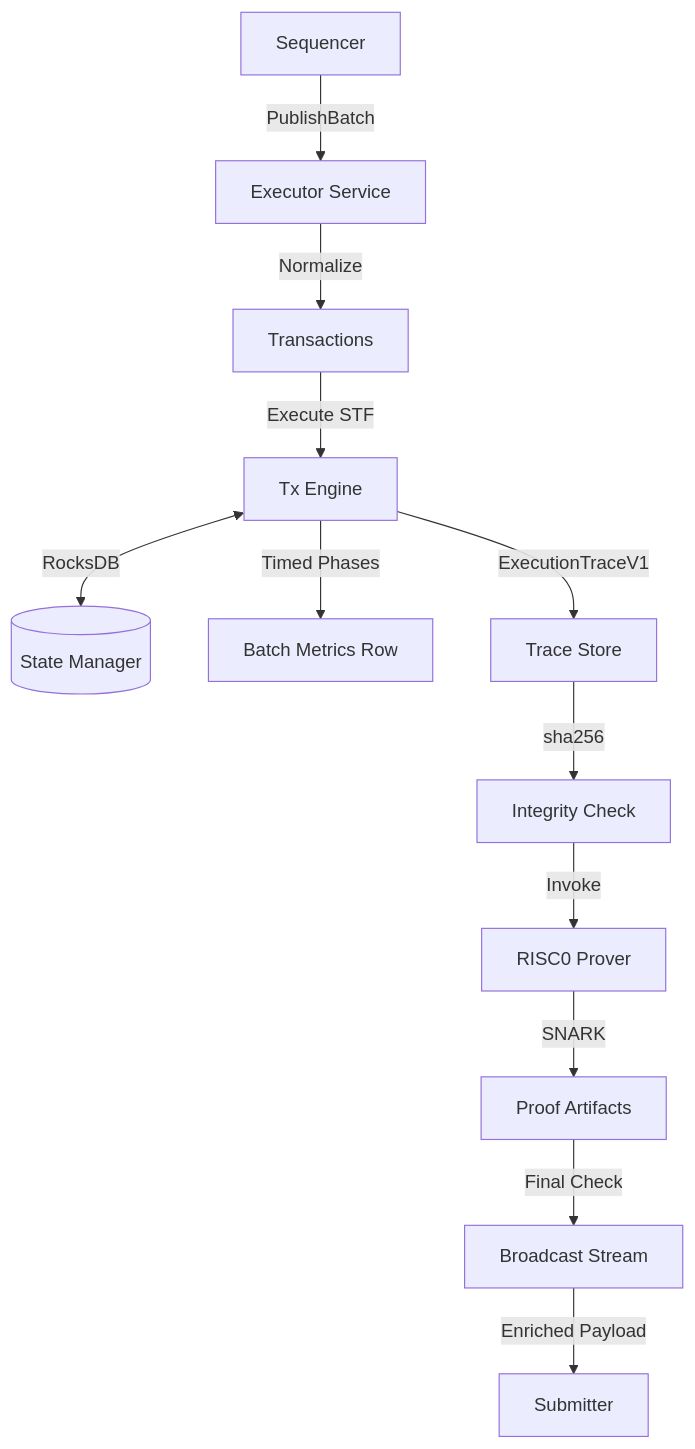
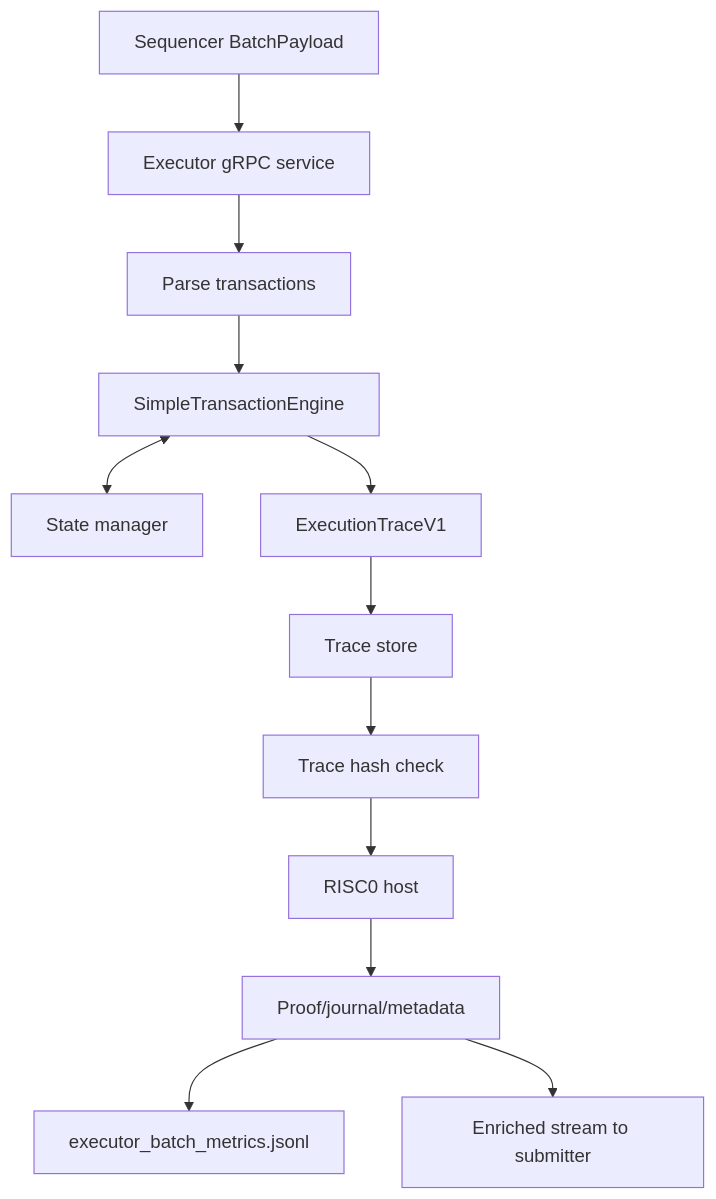
The diagram in docs/executor.md (RollupX-FYP/rollupx-full-zk-rollup), drawn with Mermaid before and after one commit. The commit also changed other lines of this file and 8 other files, not shown here.

````diff
--- a/docs/executor.md
+++ b/docs/executor.md
@@ -36,16 +7,14 @@
 ```mermaid
 flowchart TD
-    SUB[Sequencer] -->|PublishBatch| EX[Executor Service]
-    EX -->|Normalize| TXS[Transactions]
-    TXS -->|Execute STF| ENG[Tx Engine]
-    ENG <-->|RocksDB| STATE[(State Manager)]
-    ENG -->|Timed Phases| METRICS[Batch Metrics Row]
-    ENG -->|ExecutionTraceV1| TRACE[Trace Store]
-    
-    TRACE -->|sha256| VER[Integrity Check]
-    VER -->|Invoke| PROV[RISC0 Prover]
-    PROV -->|SNARK| ART[Proof Artifacts]
-    
-    ART -->|Final Check| PUB[Broadcast Stream]
-    PUB -->|Enriched Payload| SUM[Submitter]
+    SEQ[Sequencer BatchPayload] --> SVC[Executor gRPC service]
+    SVC --> PARSE[Parse transactions]
+    PARSE --> STF[SimpleTransactionEngine]
+    STF <--> STATE[State manager]
+    STF --> TRACE[ExecutionTraceV1]
+    TRACE --> STORE[Trace store]
+    STORE --> CHECK[Trace hash check]
+    CHECK --> PROOF[RISC0 host]
+    PROOF --> ART[Proof/journal/metadata]
+    ART --> MET[executor_batch_metrics.jsonl]
+    ART --> STREAM[Enriched stream to submitter]
 ```
````
